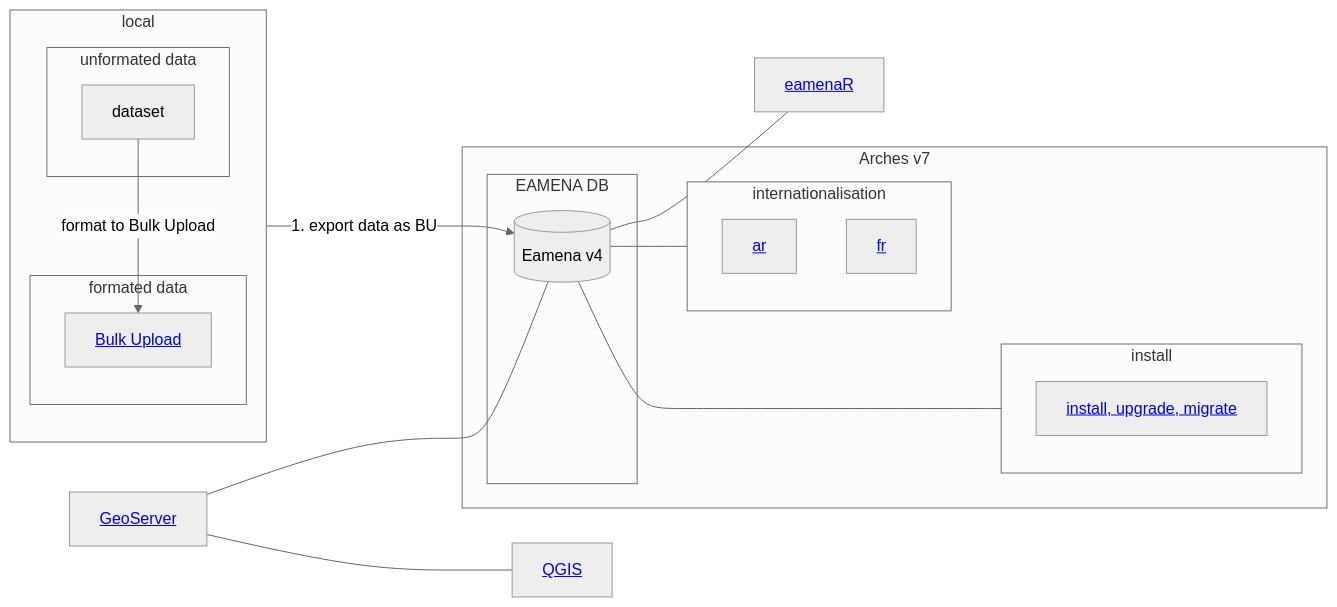
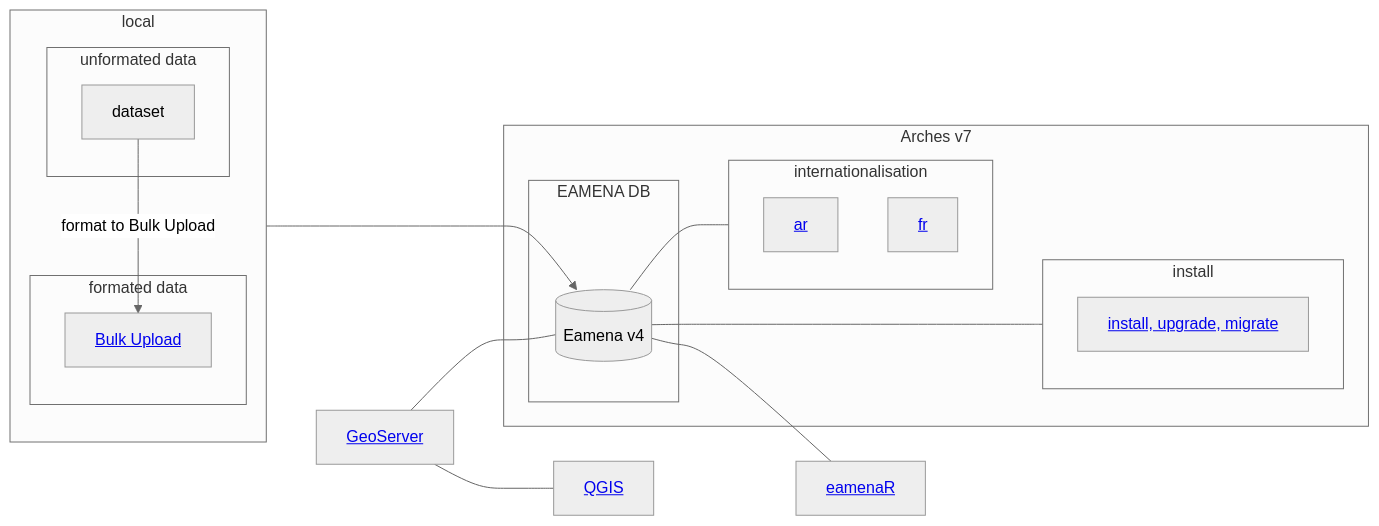
The diagram in dbs/database.eamena/README.md (eamena-project/eamena-arches-dev), drawn with Mermaid (neutral theme) before and after one commit.

````diff
--- a/dbs/database.eamena/README.md
+++ b/dbs/database.eamena/README.md
@@ -5,30 +5,30 @@
 ```mermaid
 flowchart LR
   subgraph Arches v7
     subgraph EAMENA DB
     ea[(Eamena v4)]
     end
     subgraph internationalisation
       id6[<a href='https://github.com/eamena-project/eamena-arches-dev/tree/main/dbs/database.eamena/internationalisation'>ar</a>];
       id7[<a href='https://github.com/eamena-project/eamena-arches-dev/tree/main/dbs/database.eamena/internationalisation'>fr</a>];
     end 
     subgraph install
       id8[<a href='https://github.com/eamena-project/eamena-arches-dev/tree/main/dbs/database.eamena/install'>install, upgrade, migrate</a>];
     end 
   end
   id3[<a href='https://github.com/eamena-project/eamena-arches-dev/tree/main/geoserver'>GeoServer</a>] --- ea;
   id3 --- id4[<a href='https://github.com/eamena-project/eamena-arches-dev/tree/main/gis/qgis'>QGIS</a>];
   subgraph local
     direction TB
     subgraph unformated data
       id9A[dataset]
     end
     subgraph formated data
       id9A -- format to Bulk Upload --> id9B[<a href='https://github.com/eamena-project/eamena-arches-dev/tree/main/data/bulk#readme'>Bulk Upload</a>]
-      id9B --1. export data as BU--> ea;
+      id9B ---> ea;
     end
   end
   ea --- id5[<a href='https://github.com/eamena-project/eamenaR'>eamenaR</a>];
   ea --- internationalisation
   ea <--- install
 ```
````
